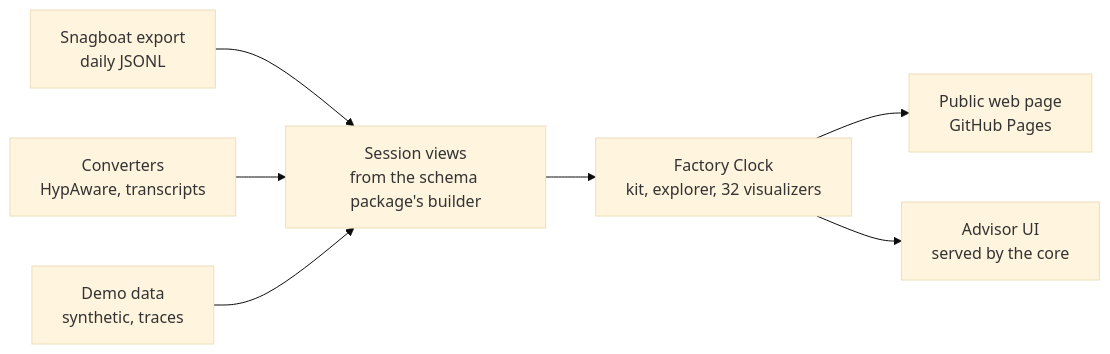
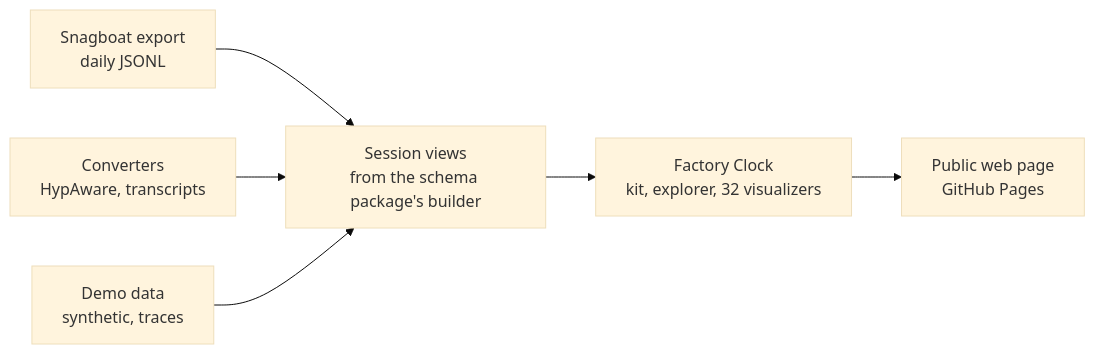
One commit to DChristianson/snagboat changed the diagram in docs/design/factory-clock-plan.md. Above: the diagram before and after it, drawn with Mermaid (base theme). The commit also changed other lines of this file and 38 other files, not shown here.

````diff
--- a/docs/design/factory-clock-plan.md
+++ b/docs/design/factory-clock-plan.md
@@ -49,9 +64,8 @@
 ```mermaid
 flowchart LR
   EXP["Snagboat export<br>daily JSONL"] --> SV
   CONV["Converters<br>HypAware, transcripts"] --> SV
   DEMO["Demo data<br>synthetic, traces"] --> SV
   SV["Session views<br>from the schema package's builder"] --> FC["Factory Clock<br>kit, explorer, 32 visualizers"]
   FC --> WEB["Public web page<br>GitHub Pages"]
-  FC --> ADV["Advisor UI<br>served by the core"]
 ```
````
